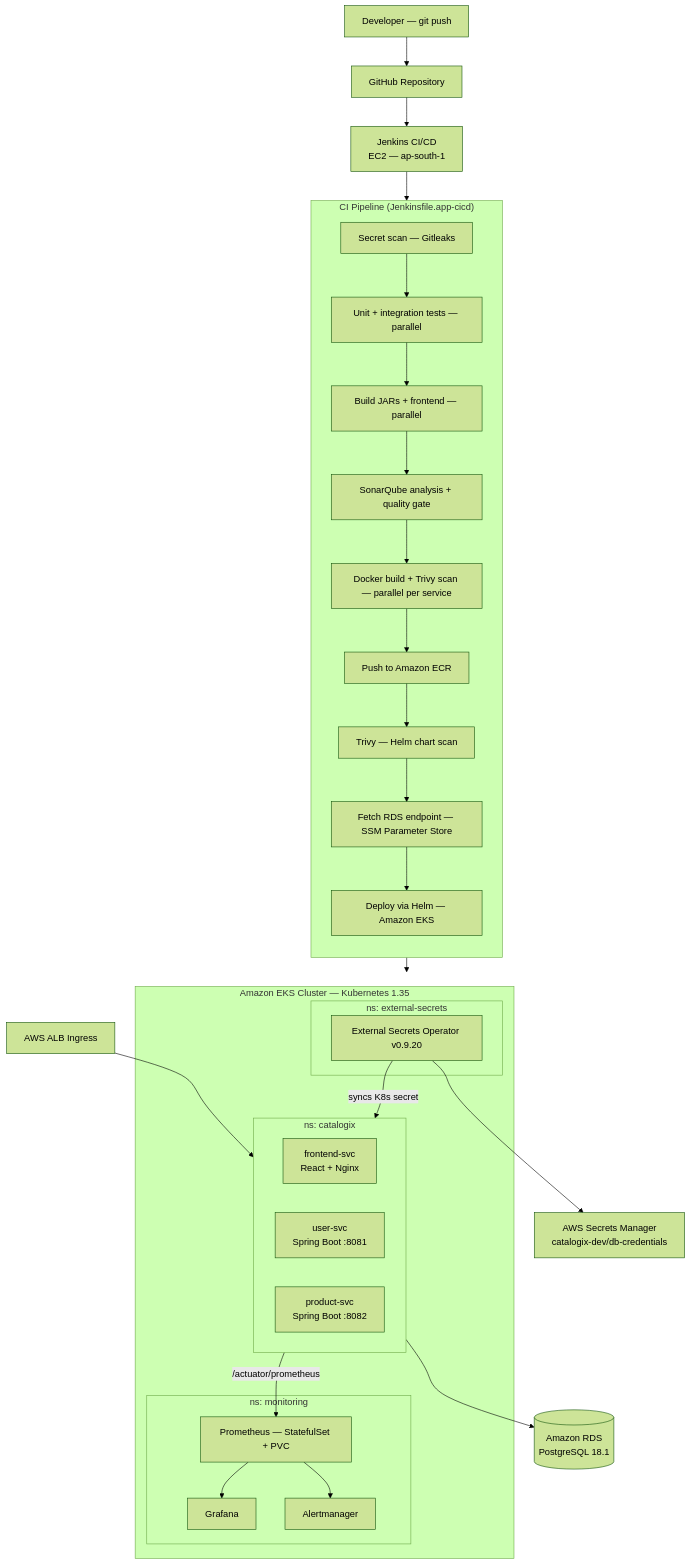
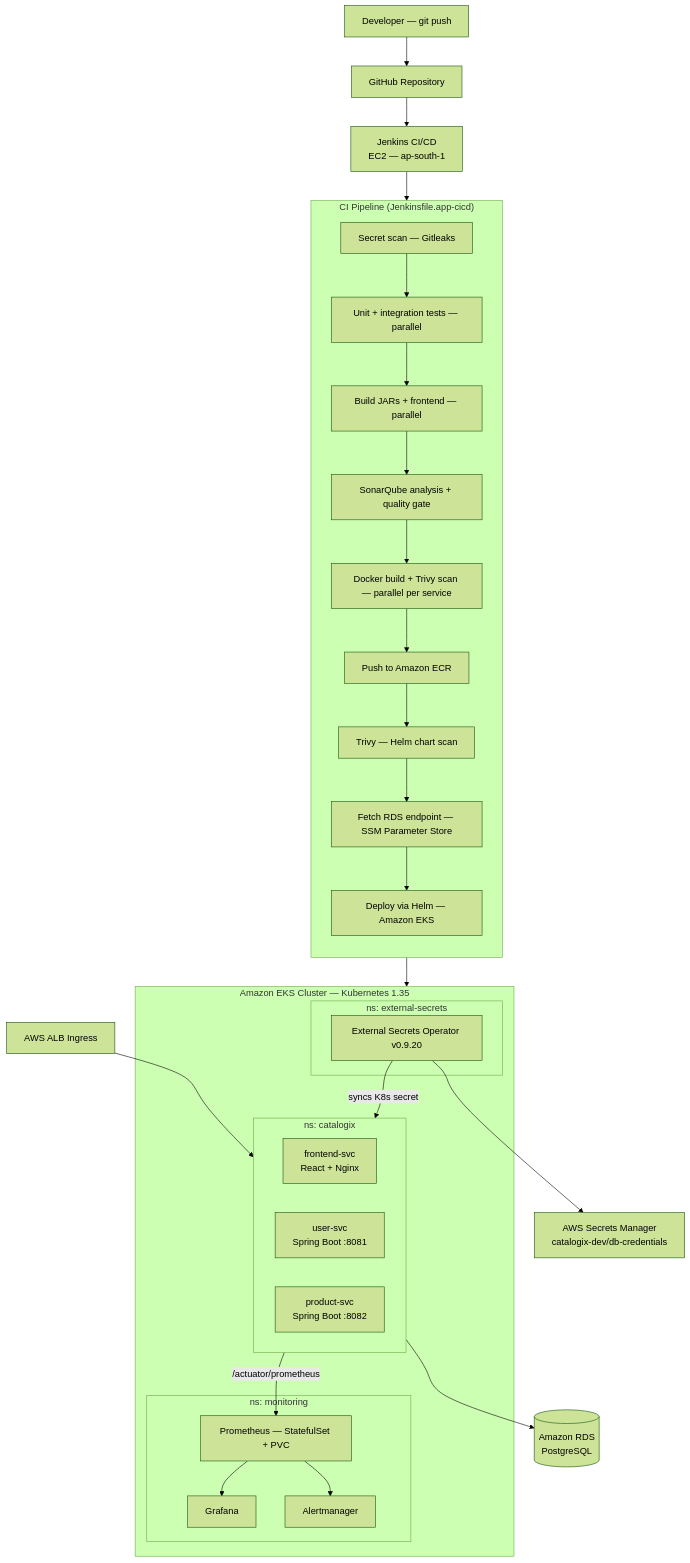
The diagram in README.md (imshubhamkaushik/aws-cicd-devsecops), drawn with Mermaid (forest theme) before and after one commit. The commit also changed other lines of this file and 3 other files, not shown here.

````diff
--- a/README.md
+++ b/README.md
@@ -85,47 +85,47 @@
 ```mermaid
 flowchart TD
     Dev[Developer — git push] --> GitHub[GitHub Repository]
     GitHub --> Jenkins[Jenkins CI/CD\nEC2 — ap-south-1]
  
     subgraph CI["CI Pipeline (Jenkinsfile.app-cicd)"]
         direction TB
         J1[Secret scan — Gitleaks]
         J2[Unit + integration tests — parallel]
         J3[Build JARs + frontend — parallel]
         J4[SonarQube analysis + quality gate]
         J5[Docker build + Trivy scan — parallel per service]
         J6[Push to Amazon ECR]
         J7[Trivy — Helm chart scan]
         J8[Fetch RDS endpoint — SSM Parameter Store]
         J9[Deploy via Helm — Amazon EKS]
         J1 --> J2 --> J3 --> J4 --> J5 --> J6 --> J7 --> J8 --> J9
     end
  
     Jenkins --> CI
  
     subgraph EKS["Amazon EKS Cluster — Kubernetes 1.35"]
         subgraph AppNS["ns: catalogix"]
             FE[frontend-svc\nReact + Nginx]
             US[user-svc\nSpring Boot :8081]
             PS[product-svc\nSpring Boot :8082]
         end
         subgraph MonNS["ns: monitoring"]
             Prom[Prometheus — StatefulSet + PVC]
             Graf[Grafana]
             AM[Alertmanager]
         end
         subgraph ESO_NS["ns: external-secrets"]
             ESO[External Secrets Operator v0.9.20]
         end
     end
  
     J9 --> EKS
  
     ALB[AWS ALB Ingress] --> AppNS
-    AppNS --> RDS[(Amazon RDS\nPostgreSQL 18.1)]
+    AppNS --> RDS[(Amazon RDS\nPostgreSQL)]
     ESO --> SM[AWS Secrets Manager\ncatalogix-dev/db-credentials]
     ESO -->|syncs K8s secret| AppNS
     AppNS -->|/actuator/prometheus| Prom
     Prom --> Graf
     Prom --> AM
 ```
````
